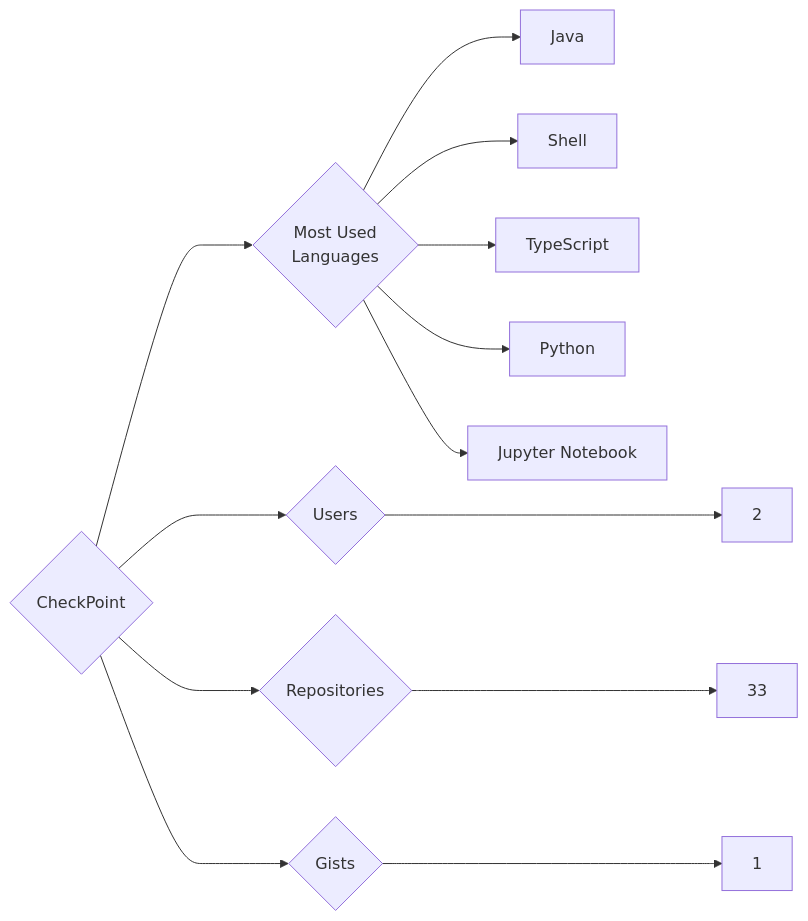
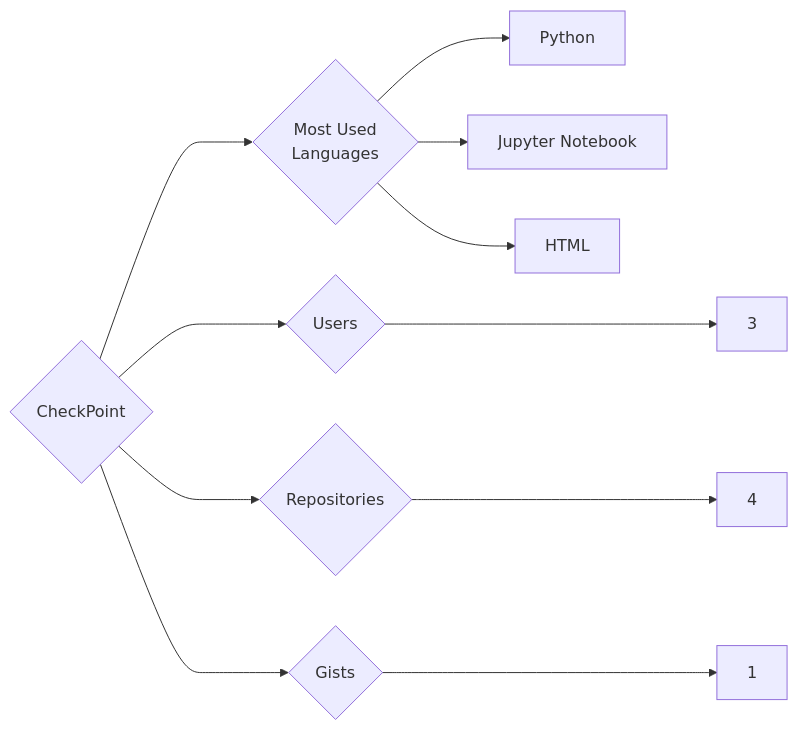
The diagram in targets/CheckPoint/README.md (trickest/insiders), drawn with Mermaid before and after one commit. The commit also changed 1003 other files, not shown here.

````diff
--- a/targets/CheckPoint/README.md
+++ b/targets/CheckPoint/README.md
@@ -3,13 +3,11 @@
 ```mermaid
 graph LR
 COMPANY_NAME{CheckPoint}
-COMPANY_NAME ---> U{Users} ---> UN[2]
-COMPANY_NAME ---> R{Repositories} ---> RN[33]
+COMPANY_NAME ---> U{Users} ---> UN[3]
+COMPANY_NAME ---> R{Repositories} ---> RN[4]
 COMPANY_NAME ---> G{Gists} ---> GN[1]
 COMPANY_NAME ---> ML{Most Used<br>Languages}
-ML --> Java[Java]
-ML --> Shell[Shell]
-ML --> TypeScript[TypeScript]
 ML --> Python[Python]
 ML --> Jupyter_Notebook[Jupyter Notebook]
+ML --> HTML[HTML]
 ```
````
